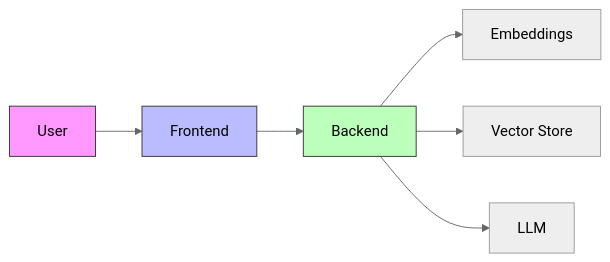
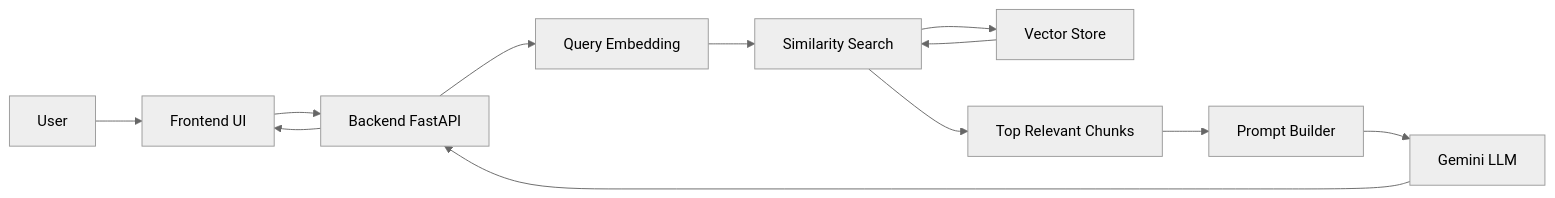
One commit to Mrunal31-Stark/RAG_Chatbot changed the first of 2 diagrams in README.md. Above: the diagram before and after it, drawn with Mermaid (neutral theme).

Commit message:
Revise architecture diagram in README
Updated architecture diagram to include detailed components and flow.

````diff
--- a/README.md
+++ b/README.md
@@ -19,12 +19,19 @@
 ```mermaid
 flowchart LR
-    U[User] --> F[Frontend]
-    F --> B[Backend]
-    B --> E[Embeddings]
-    B --> V[Vector Store]
-    B --> L[LLM]
 
-    style U fill:#f9f,stroke:#333
-    style F fill:#bbf,stroke:#333
-    style B fill:#bfb,stroke:#333
+    U[User] --> F[Frontend UI]
+    F --> B[Backend FastAPI]
+
+    B --> QE[Query Embedding]
+    QE --> SS[Similarity Search]
+    SS --> VS[Vector Store]
+
+    VS --> SS
+    SS --> RC[Top Relevant Chunks]
+
+    RC --> PB[Prompt Builder]
+    PB --> LLM[Gemini LLM]
+
+    LLM --> B
+    B --> F
 ```
````
